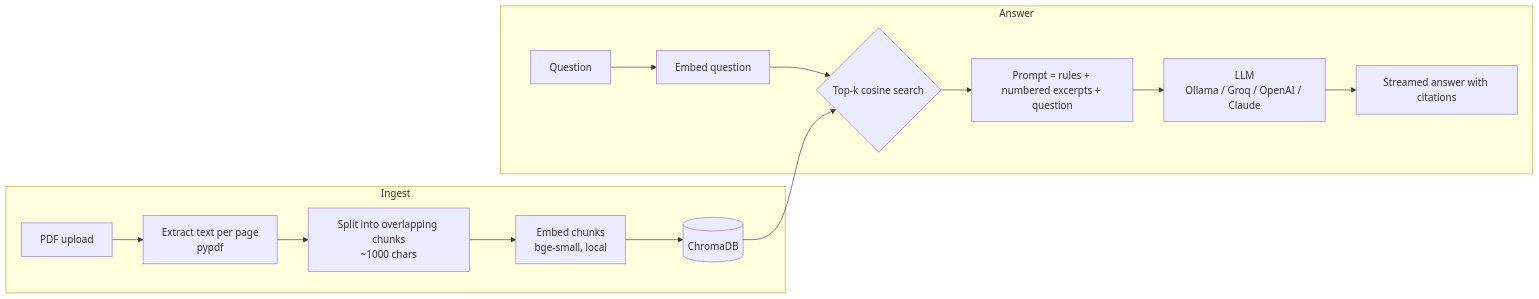
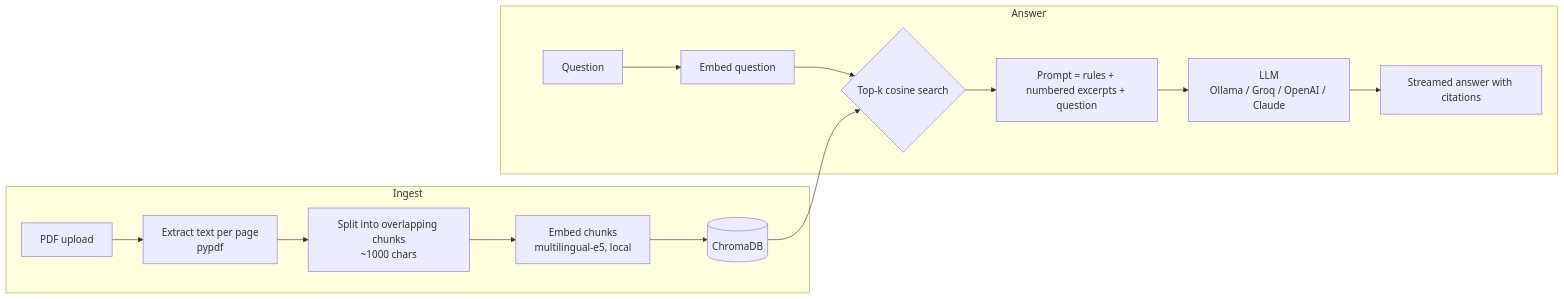
One commit to Rashmika113/PDF-chatapp changed the diagram in README.md. Above: the diagram before and after it, drawn with Mermaid. The commit also changed other lines of this file and 12 other files, not shown here.

````diff
--- a/README.md
+++ b/README.md
@@ -25,17 +26,17 @@
 ```mermaid
 flowchart LR
     subgraph Ingest
         A[PDF upload] --> B[Extract text per page<br/>pypdf]
         B --> C[Split into overlapping chunks<br/>~1000 chars]
-        C --> D[Embed chunks<br/>bge-small, local]
+        C --> D[Embed chunks<br/>multilingual-e5, local]
         D --> E[(ChromaDB)]
     end
     subgraph Answer
         Q[Question] --> QE[Embed question]
         QE --> S{Top-k cosine search}
         E --> S
         S --> P[Prompt = rules + numbered excerpts + question]
         P --> L[LLM<br/>Ollama / Groq / OpenAI / Claude]
         L --> R[Streamed answer with citations]
     end
 ```
````
